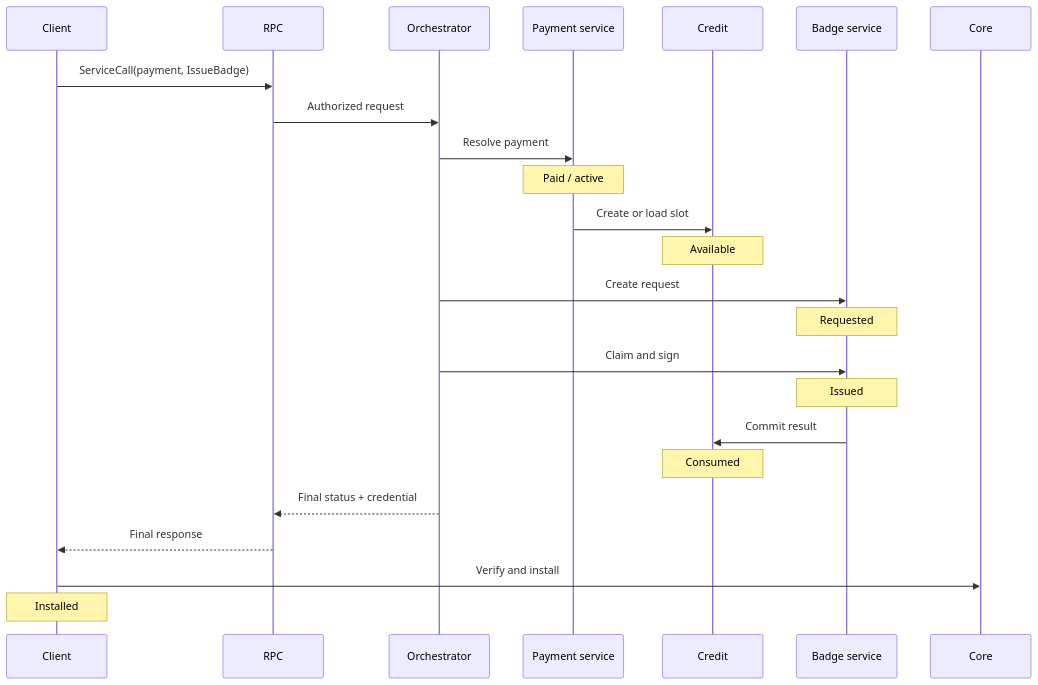
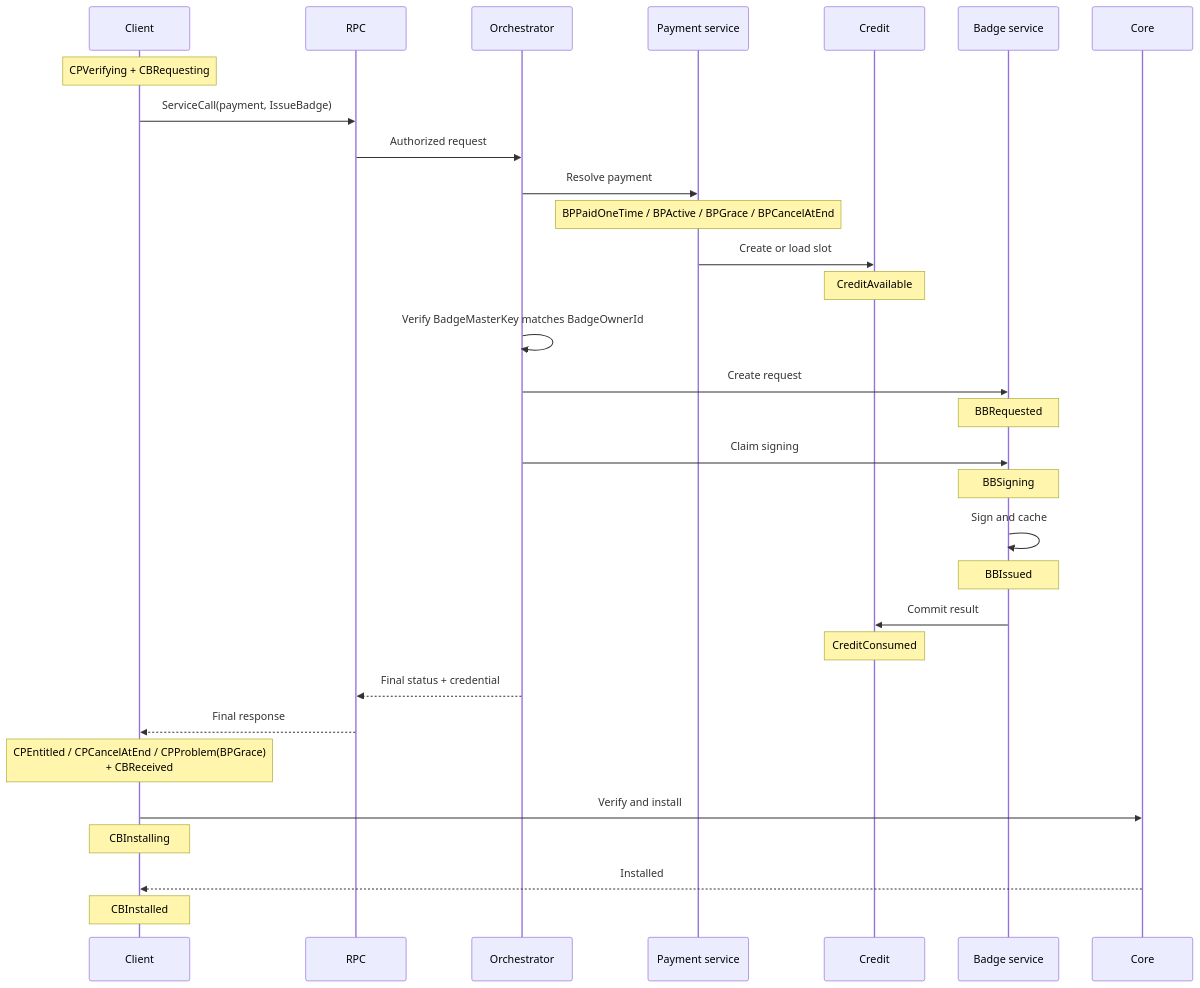
Before and after one commit to simplex-chat/simplex-chat: the second of 6 diagrams in plans/2026-07-20-supporter-badges-v2-implementation.md, drawn with Mermaid. The commit also changed other lines of this file and 1 other file, not shown here.

Commit message:
docs: bind badge payments to BBS master key

````diff
--- a/plans/2026-07-20-supporter-badges-v2-implementation.md
+++ b/plans/2026-07-20-supporter-badges-v2-implementation.md
@@ -231,26 +235,33 @@
 ```mermaid
 sequenceDiagram
   participant C as Client
   participant RPC as RPC
   participant O as Orchestrator
   participant P as Payment service
   participant X as Credit
   participant B as Badge service
   participant K as Core
+  Note over C: CPVerifying + CBRequesting
   C->>RPC: ServiceCall(payment, IssueBadge)
   RPC->>O: Authorized request
   O->>P: Resolve payment
-  Note over P: Paid / active
+  Note over P: BPPaidOneTime / BPActive / BPGrace / BPCancelAtEnd
   P->>X: Create or load slot
-  Note over X: Available
+  Note over X: CreditAvailable
+  O->>O: Verify BadgeMasterKey matches BadgeOwnerId
   O->>B: Create request
-  Note over B: Requested
-  O->>B: Claim and sign
-  Note over B: Issued
+  Note over B: BBRequested
+  O->>B: Claim signing
+  Note over B: BBSigning
+  B->>B: Sign and cache
+  Note over B: BBIssued
   B->>X: Commit result
-  Note over X: Consumed
+  Note over X: CreditConsumed
   O-->>RPC: Final status + credential
   RPC-->>C: Final response
+  Note over C: CPEntitled / CPCancelAtEnd / CPProblem(BPGrace)<br/>+ CBReceived
   C->>K: Verify and install
-  Note over C: Installed
+  Note over C: CBInstalling
+  K-->>C: Installed
+  Note over C: CBInstalled
 ```
````
